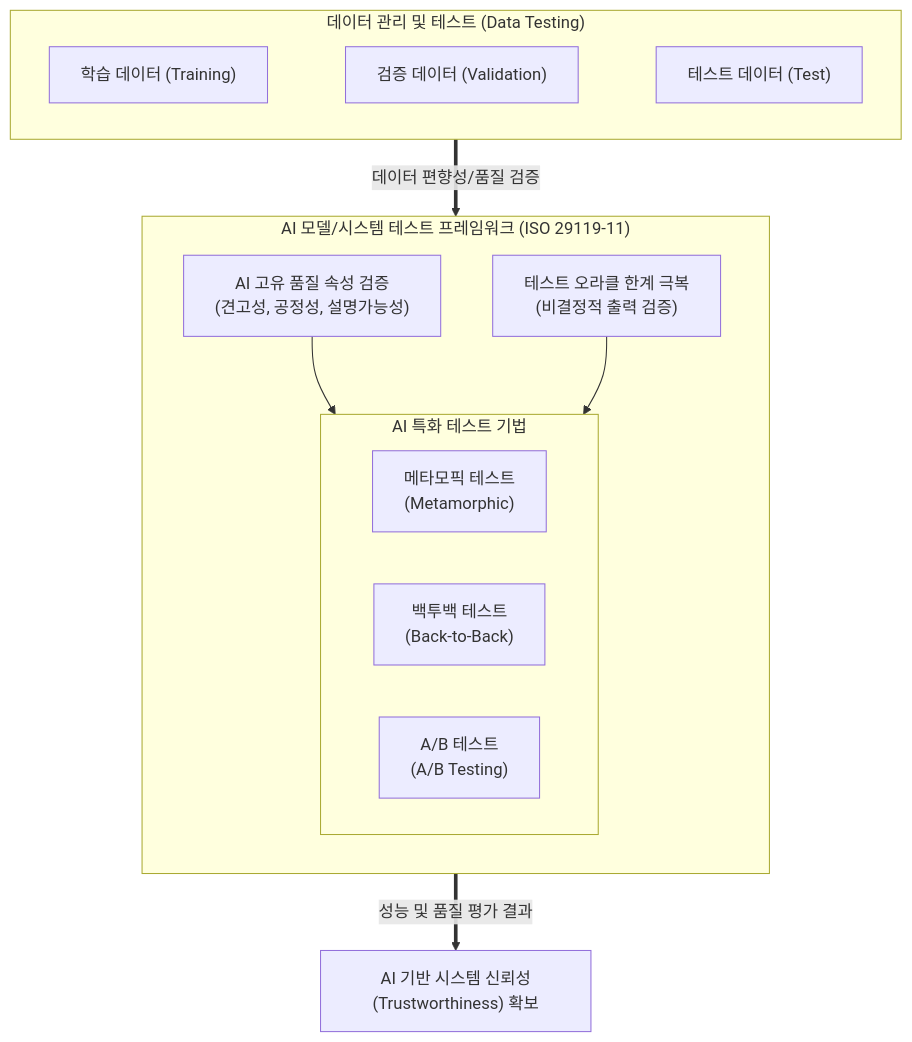
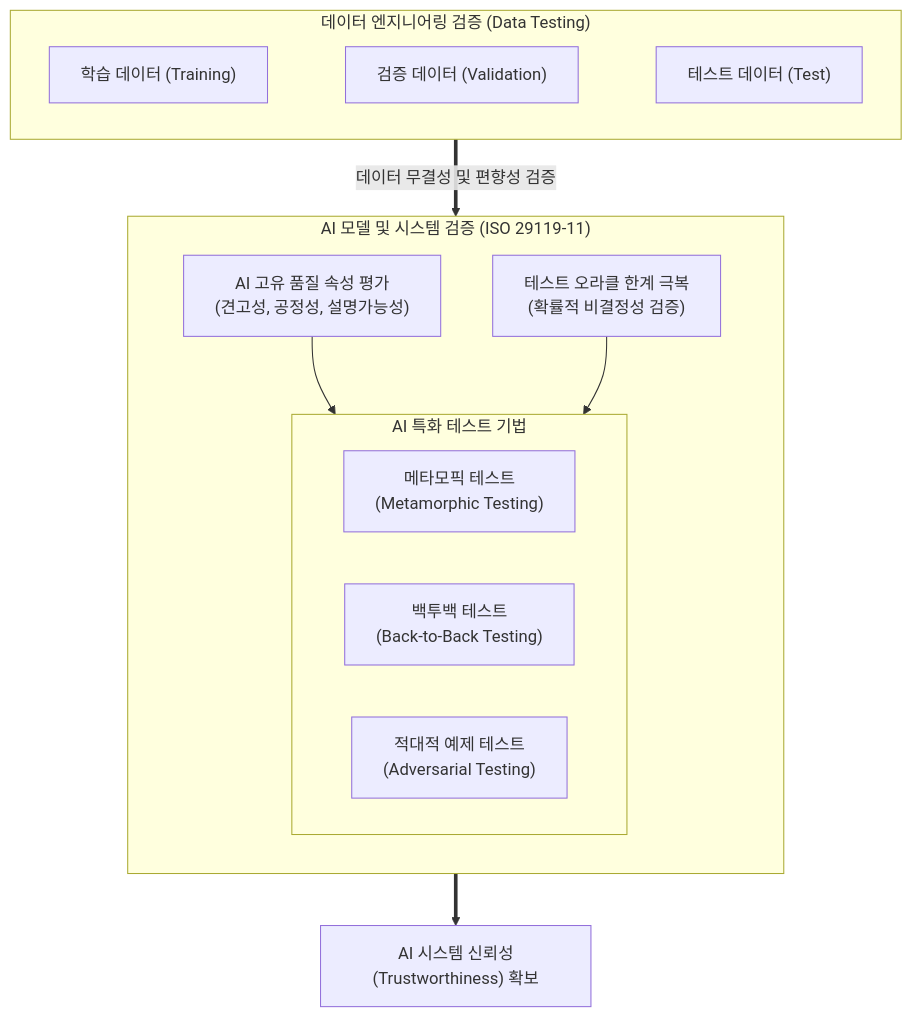
Before and after one commit to supremethumb/supremethumb.github.io: the diagram in content/01_IT Tech/ISO 29119-11.md, drawn with Mermaid. The commit also changed other lines of this file and 362 other files, not shown here.

````diff
--- a/content/01_IT Tech/ISO 29119-11.md
+++ b/content/01_IT Tech/ISO 29119-11.md
@@ -23,29 +31,28 @@
 ```mermaid
 flowchart TB
-    subgraph Data_Layer["데이터 관리 및 테스트 (Data Testing)"]
+    subgraph Data_Layer ["데이터 엔지니어링 검증 (Data Testing)"]
         direction LR
         D1["학습 데이터 (Training)"]
         D2["검증 데이터 (Validation)"]
         D3["테스트 데이터 (Test)"]
         D1 ~~~ D2 ~~~ D3
     end
 
-    subgraph AI_Model_Layer["AI 모델/시스템 테스트 프레임워크 (ISO 29119-11)"]
+    subgraph AI_Model_Layer ["AI 모델 및 시스템 검증 (ISO 29119-11)"]
         direction TB
-        M1["AI 고유 품질 속성 검증<br/>(견고성, 공정성, 설명가능성)"]
-        M2["테스트 오라클 한계 극복<br/>(비결정적 출력 검증)"]
+        M1["AI 고유 품질 속성 평가<br/>(견고성, 공정성, 설명가능성)"]
+        M2["테스트 오라클 한계 극복<br/>(확률적 비결정성 검증)"]
         
-        subgraph Tech["AI 특화 테스트 기법"]
+        subgraph Tech ["AI 특화 테스트 기법"]
             direction LR
-            T1["메타모픽 테스트<br/>(Metamorphic)"]
-            T2["백투백 테스트<br/>(Back-to-Back)"]
-            T3["A/B 테스트<br/>(A/B Testing)"]
+            T1["메타모픽 테스트<br/>(Metamorphic Testing)"]
+            T2["백투백 테스트<br/>(Back-to-Back Testing)"]
+            T3["적대적 예제 테스트<br/>(Adversarial Testing)"]
         end
         M1 --> Tech
         M2 --> Tech
     end
 
-    Data_Layer ==>|"데이터 편향성/품질 검증"| AI_Model_Layer
-    Tech ==>|"성능 및 품질 평가 결과"| Output["AI 기반 시스템 신뢰성(Trustworthiness) 확보"]
-
+    Data_Layer ==>|"데이터 무결성 및 편향성 검증"| AI_Model_Layer
+    Tech ==> Output["AI 시스템 신뢰성(Trustworthiness) 확보"]
 ```
````
